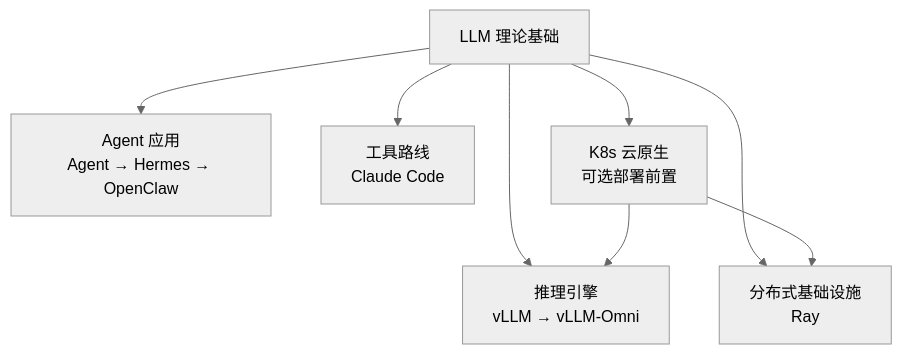
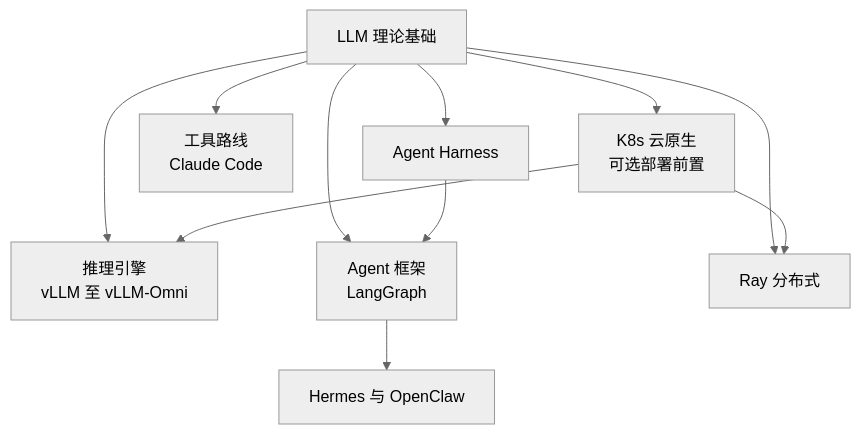
One commit to keyuanweb/ai-learning-path changed the second of 2 diagrams in README.md. Above: the diagram before and after it, drawn with Mermaid (neutral theme). The commit also changed other lines of this file and 22 other files, not shown here.

First line of the commit message:
docs: add Agent Harness learning path with repo cross-references

````diff
--- a/README.md
+++ b/README.md
@@ -188,11 +206,14 @@
 ```mermaid
 flowchart TD
   base[LLM 理论基础]
-  base --> eng[推理引擎<br/>vLLM → vLLM-Omni]
-  base --> agent[Agent 应用<br/>Agent → Hermes → OpenClaw]
-  base --> tool[工具路线<br/>Claude Code]
-  base --> k8s[K8s 云原生<br/>可选部署前置]
-  base --> ray[分布式基础设施<br/>Ray]
-  k8s --> ray
-  k8s --> eng
+  base --> eng["推理引擎<br/>vLLM 至 vLLM-Omni"]
+  base --> harnessNode[Agent Harness]
+  base --> agentNode["Agent 框架<br/>LangGraph"]
+  base --> toolNode["工具路线<br/>Claude Code"]
+  base --> k8sNode["K8s 云原生<br/>可选部署前置"]
+  base --> rayNode[Ray 分布式]
+  harnessNode --> agentNode
+  agentNode --> implNode["Hermes 与 OpenClaw"]
+  k8sNode --> rayNode
+  k8sNode --> eng
 ```
````
